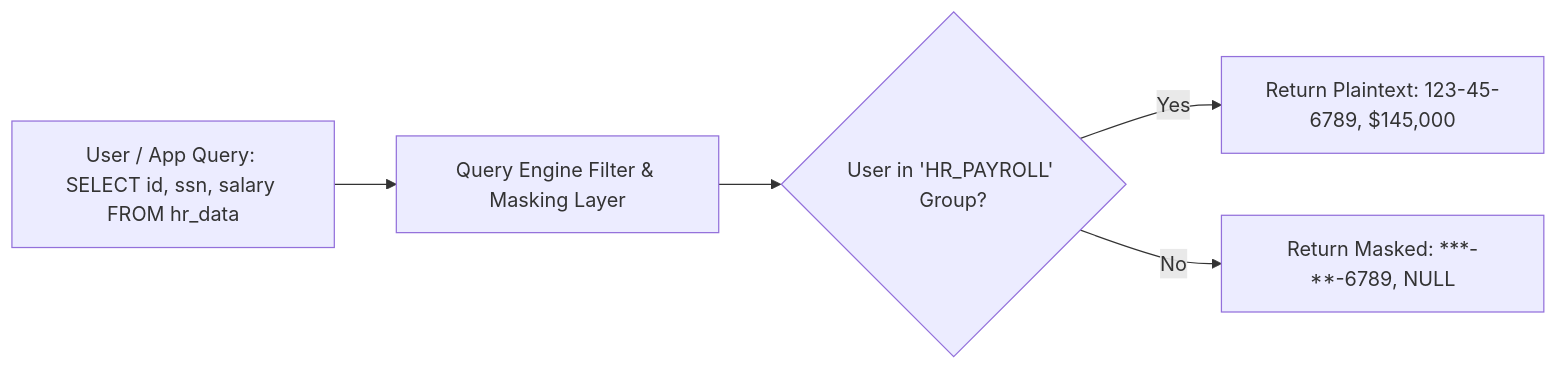
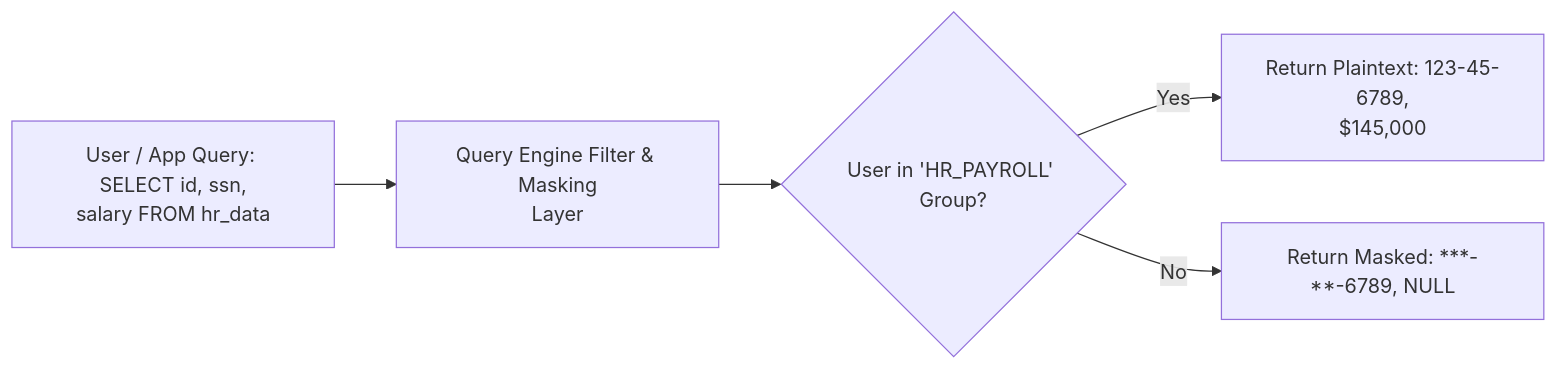
One commit to santoshjammi29/security-handbook changed the second of 2 diagrams in modules/02_authz_rbac_abac_and_governance/README.md. Above: the diagram before and after it, drawn with Mermaid. The commit also changed other lines of this file and 22 other files, not shown here.

Commit message:
fix(diagrams): word-wrap labels and escape comparison operators across all diagrams

````diff
--- a/modules/02_authz_rbac_abac_and_governance/README.md
+++ b/modules/02_authz_rbac_abac_and_governance/README.md
@@ -42,7 +42,7 @@
 ```mermaid
 flowchart LR
-    Query["User / App Query: SELECT id, ssn, salary FROM hr_data"] --> Engine["Query Engine Filter & Masking Layer"]
+    Query["User / App Query: SELECT id, ssn,<br/>salary FROM hr_data"] --> Engine["Query Engine Filter & Masking<br/>Layer"]
     Engine --> Check{"User in 'HR_PAYROLL' Group?"}
-    Check -->|Yes| Raw["Return Plaintext: 123-45-6789, $145,000"]
+    Check -->|Yes| Raw["Return Plaintext: 123-45-6789,<br/>$145,000"]
     Check -->|No| Masked["Return Masked: ***-**-6789, NULL"]
 ```
````
